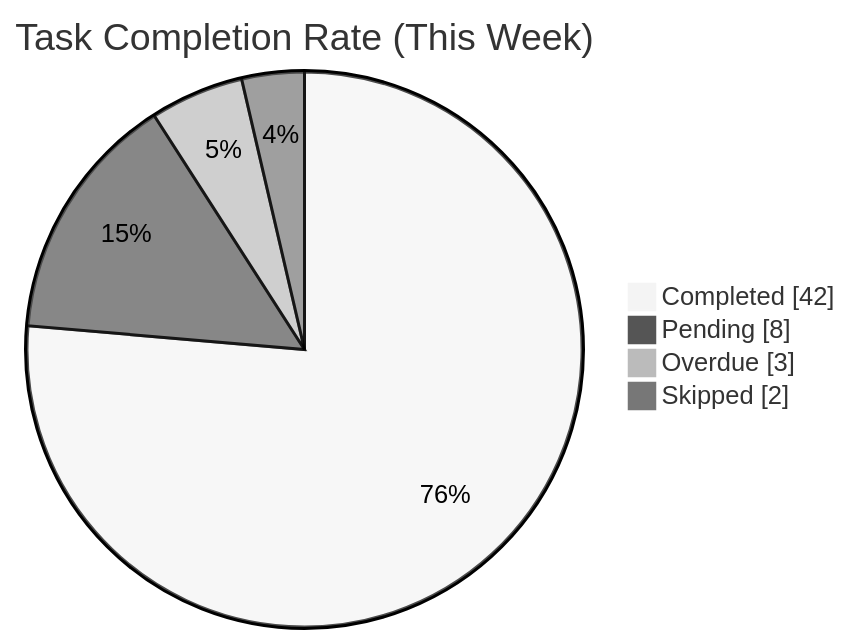
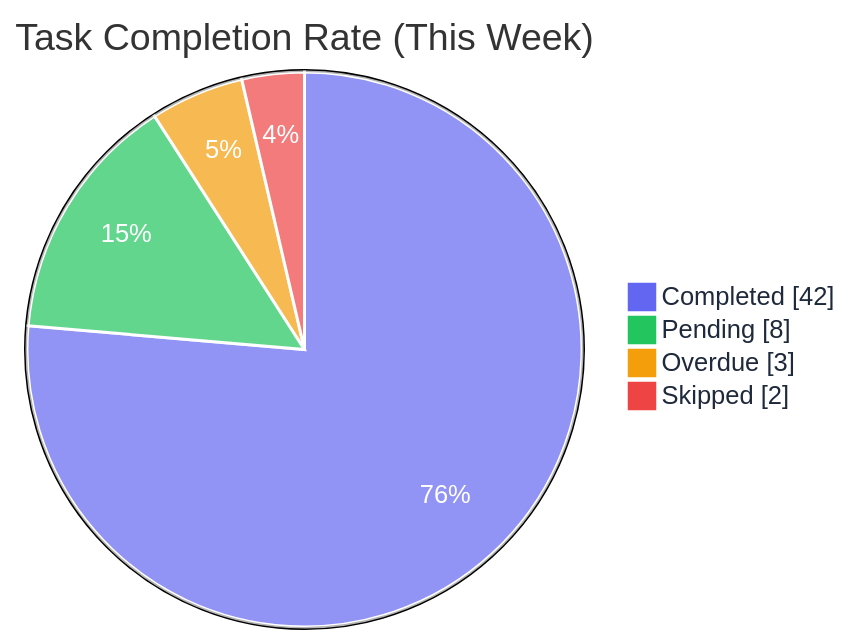
Before and after one commit to anisha-agarwal/chore-champions: diagram 11 of 13 in docs/FEATURES.md, drawn with Mermaid. The commit also changed other lines of this file and 2 other files, not shown here.

First line of the commit message:
Improve Mermaid diagram contrast for dark mode

````diff
--- a/docs/FEATURES.md
+++ b/docs/FEATURES.md
@@ -297,9 +297,9 @@
 ```mermaid
-%%{init: {'theme': 'neutral'}}%%
+%%{init: {'theme': 'base', 'themeVariables': {'pie1': '#6366f1', 'pie2': '#22c55e', 'pie3': '#f59e0b', 'pie4': '#ef4444', 'pieStrokeColor': '#fff', 'pieStrokeWidth': '2px', 'pieLegendTextColor': '#1e293b', 'pieSectionTextColor': '#fff'}}}%%
 pie showData
     title Task Completion Rate (This Week)
     "Completed" : 42
     "Pending" : 8
     "Overdue" : 3
     "Skipped" : 2
 ```
````
